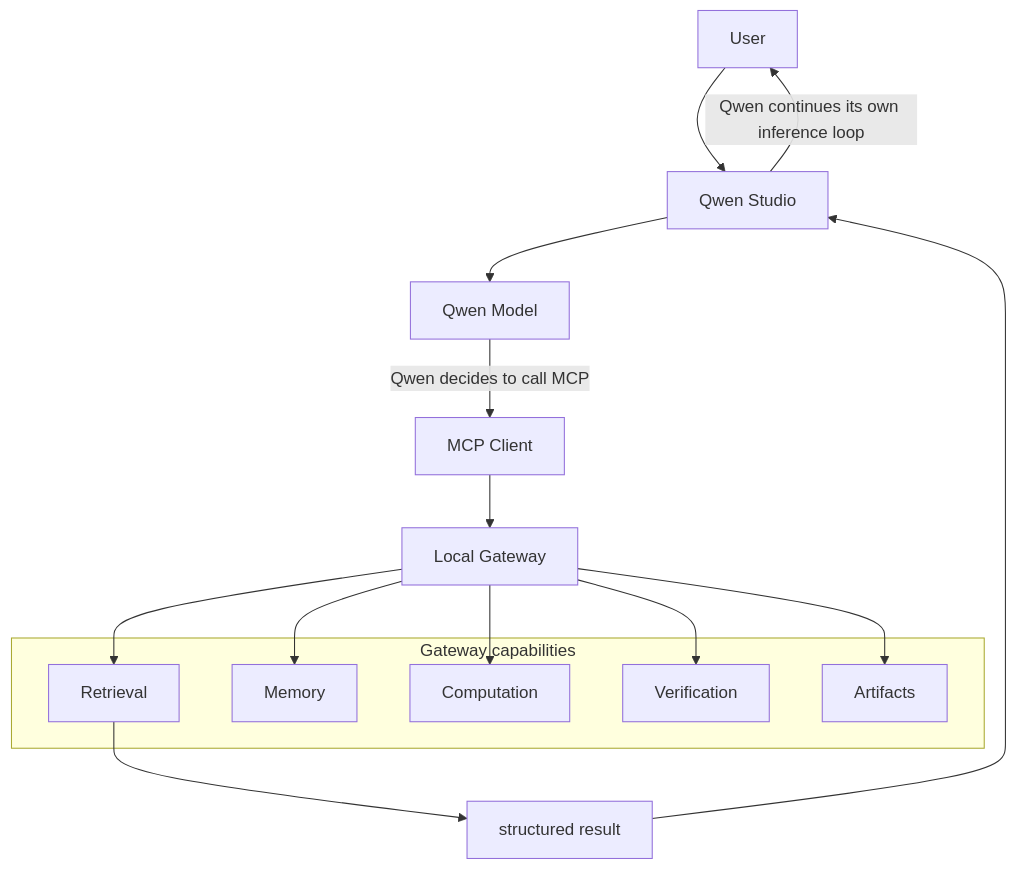
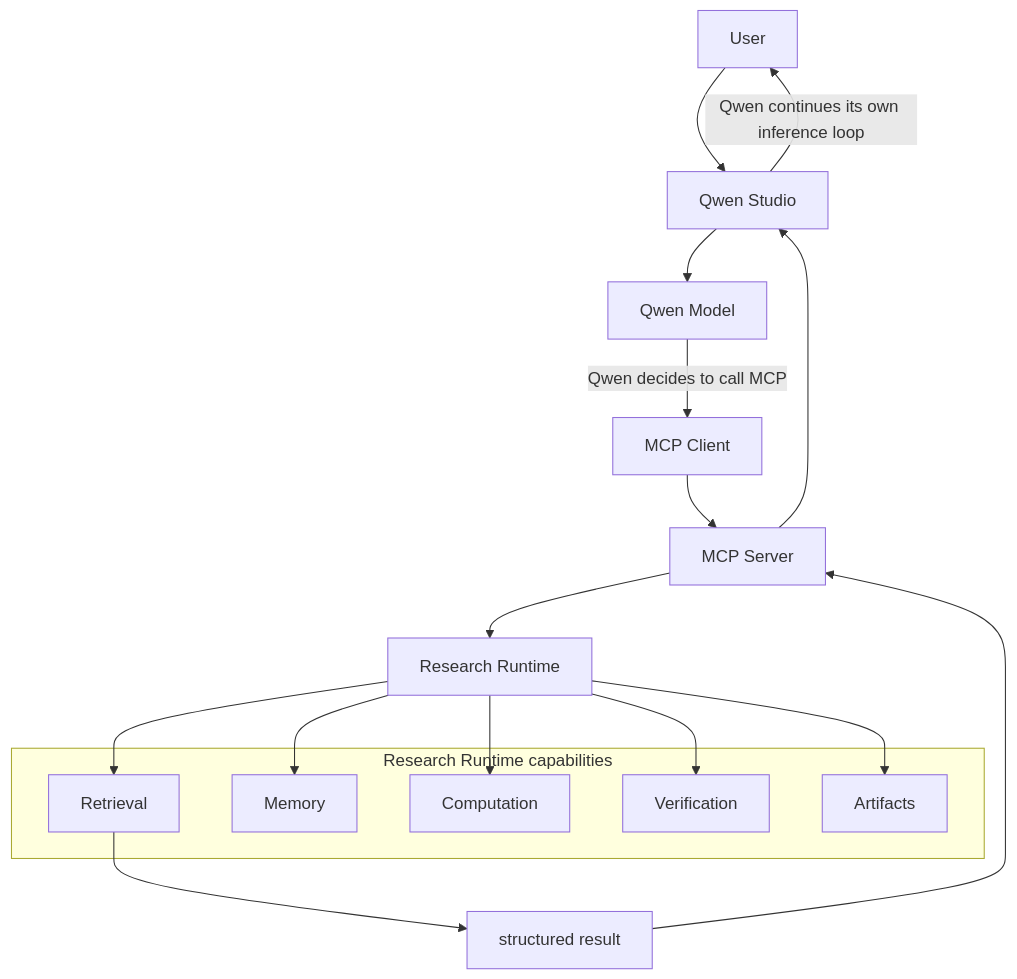
Before and after one commit to mitem743351/qwen: the first of 5 diagrams in docs/architecture/diagrams/operating-modes.md, drawn with Mermaid. The commit also changed other lines of this file and 36 other files, not shown here.

First line of the commit message:
Phase 0.75: runtime boundary and execution architecture

````diff
--- a/docs/architecture/diagrams/operating-modes.md
+++ b/docs/architecture/diagrams/operating-modes.md
@@ -8,22 +9,23 @@
 ```mermaid
 flowchart TD
     U["User"] --> QS["Qwen Studio"]
     QS --> QM["Qwen Model"]
     QM -->|"Qwen decides to call MCP"| MC["MCP Client"]
-    MC --> LG["Local Gateway"]
-    subgraph CAP["Gateway capabilities"]
+    MC --> MS["MCP Server"]
+    MS --> RR["Research Runtime"]
+    subgraph CAP["Research Runtime capabilities"]
         R["Retrieval"]
         M["Memory"]
         C["Computation"]
         V["Verification"]
         A["Artifacts"]
     end
-    LG --> R
-    LG --> M
-    LG --> C
-    LG --> V
-    LG --> A
+    RR --> R
+    RR --> M
+    RR --> C
+    RR --> V
+    RR --> A
     R --> RES["structured result"]
-    RES --> QS
+    RES --> MS --> QS
     QS -->|"Qwen continues its own inference loop"| U
 ```
````
